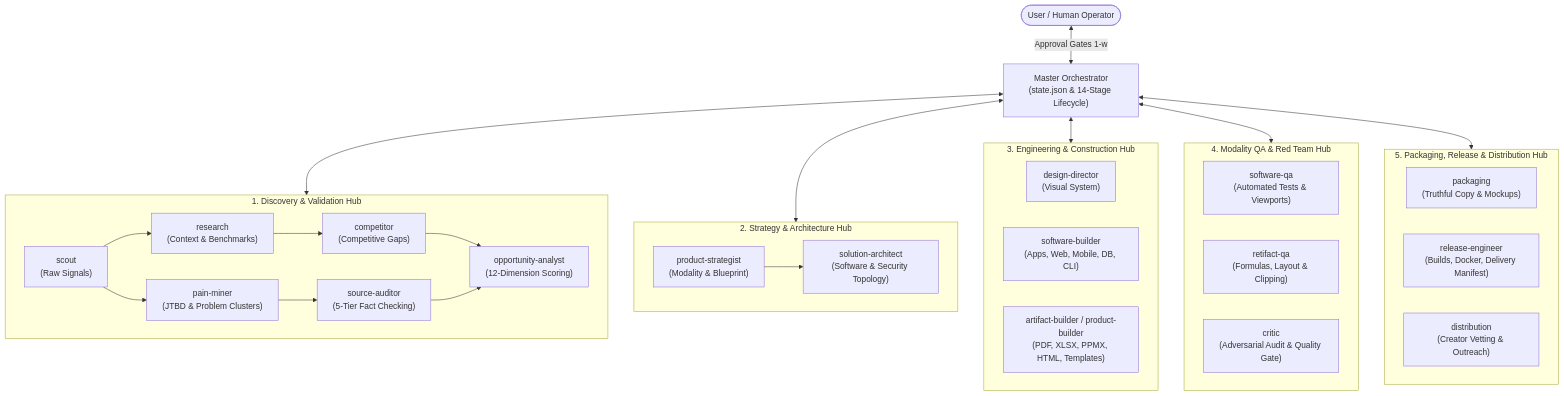
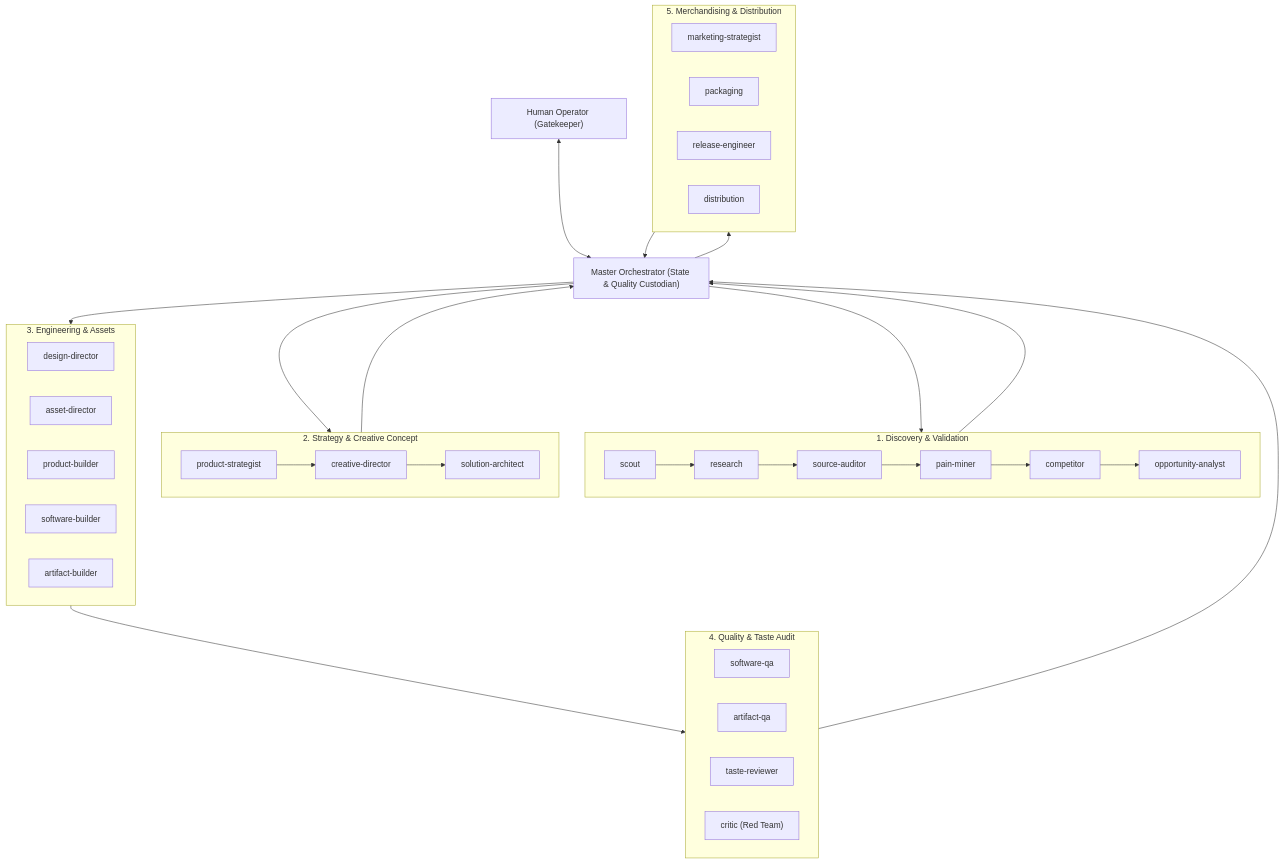
One commit to codinghubindia/ai-product-factory-template changed the first of 9 diagrams in README.md. Above: the diagram before and after it, drawn with Mermaid. The commit also changed other lines of this file and 94 other files, not shown here.

Commit message:
feat(factory): upgrade creative concept, customer psychology, asset pipeline, taste review, and merchandising architecture

````diff
--- a/README.md
+++ b/README.md
@@ -46,45 +13,49 @@
 ```mermaid
 flowchart TD
+    User["Human Operator (Gatekeeper)"] <--> Master["Master Orchestrator (State & Quality Custodian)"]
 
-    User(["User / Human Operator"]) <-->|Approval Gates 1-w|Master["Master Orchestrator\n(state.json & 14-Stage Lifecycle)"]
-
-    
-    subgraph DiscoveryHub ["1. Discovery & Validation Hub"]
-        Scout["scout\n(Raw Signals)"] --> Research["research\n(Context & Benchmarks)"]
-        Scout --> PainMiner["pain-miner\n(JTBD & Problem Clusters)"]
-        Research --> Competitor["competitor\n(Competitive Gaps)"]
-        PainMiner --> SourceAuditor["source-auditor\n(5-Tier Fact Checking)"]
-        Competitor --> OppAnalyst["opportunity-analyst\n(12-Dimension Scoring)"]
-        SourceAuditor --> OppAnalyst
+    subgraph Hub1["1. Discovery & Validation"]
+        Scout["scout"] --> Research["research"]
+        Research --> Auditor["source-auditor"]
+        Auditor --> Miner["pain-miner"]
+        Miner --> Comp["competitor"]
+        Comp --> OppAnalyst["opportunity-analyst"]
     end
 
-    subgraph StrategyHub ["2. Strategy & Architecture Hub"]
-        Strategist["product-strategist\n(Modality & Blueprint)"]
-        Architect["solution-architect\n(Software & Security Topology)"]
-        Strategist --> Architect
+    subgraph Hub2["2. Strategy & Creative Concept"]
+        Strat["product-strategist"] --> CreativeDir["creative-director"]
+        CreativeDir --> Arch["solution-architect"]
     end
 
-    subgraph BuildTeam ["3. Engineering & Construction Hub"]
-        Design["design-director\n(Visual System)"]
-        SoftBuilder["software-builder\n(Apps, Web, Mobile, DB, CLI)"]
-        ArtBuilder["artifact-builder / product-builder\n(PDF, XLSX, PPMX, HTML, Templates)"]
+    subgraph Hub3["3. Engineering & Assets"]
+        DesignDir["design-director"]
+        AssetDir["asset-director"]
+        ProdBuilder["product-builder"]
+        SoftBuilder["software-builder"]
+        ArtBuilder["artifact-builder"]
     end
 
-    subgraph QAHub ["4. Modality QA & Red Team Hub"]
-        SoftQA["software-qa\n(Automated Tests & Viewports)"]
-        ArtQA["retifact-qa\n(Formulas, Layout & Clipping)"]
-        Critic["critic\n(Adversarial Audit & Quality Gate)"]
+    subgraph Hub4["4. Quality & Taste Audit"]
+        SoftQA["software-qa"]
+        ArtQA["artifact-qa"]
+        TasteRev["taste-reviewer"]
+        Critic["critic (Red Team)"]
     end
 
-    subgraph ReleaseHub ["5. Packaging, Release & Distribution Hub"]
-        Packaging["packaging\n(Truthful Copy & Mockups)"]
-        ReleaseEng["release-engineer\n(Builds, Docker, Delivery Manifest)"]
-        Distribution["distribution\n(Creator Vetting & Outreach)"]
+    subgraph Hub5["5. Merchandising & Distribution"]
+        MktgStrat["marketing-strategist"]
+        Packaging["packaging"]
+        RelEng["release-engineer"]
+        Distrib["distribution"]
     end
 
-    Master <--> DiscoveryHub
-    Master <--> StrategyHub
-    Master <--> BuildTeam
-    Master <--> QAHub
-    Master <--> ReleaseHub
+    Master --> Hub1
+    Hub1 --> Master
+    Master --> Hub2
+    Hub2 --> Master
+    Master --> Hub3
+    Hub3 --> Hub4
+    Hub4 --> Master
+    Master --> Hub5
+    Hub5 --> Master
 ```
````
